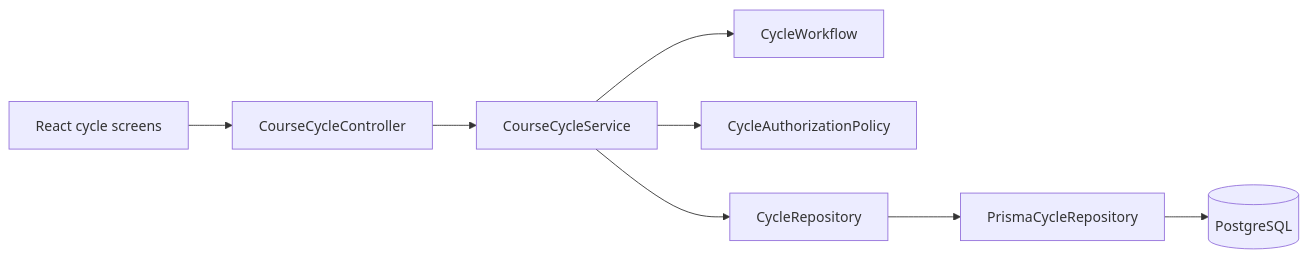
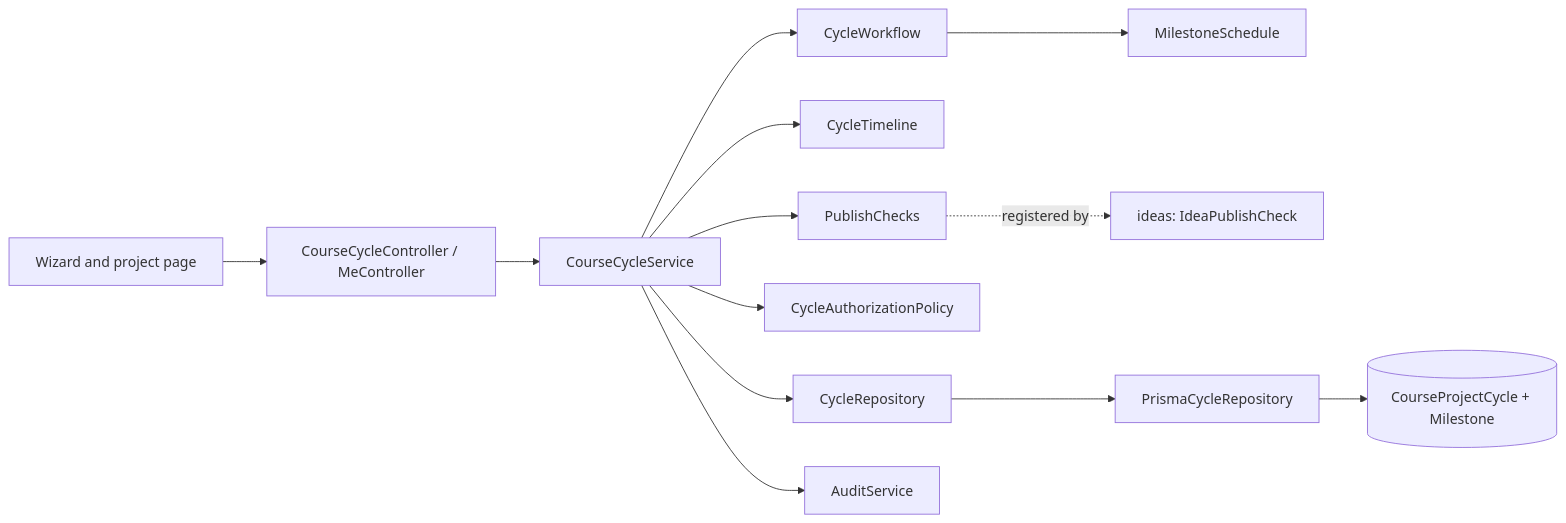
One commit to AmanKumar1411/flowforge changed the first of 3 diagrams in docs/architecture/course-cycles.md. Above: the diagram before and after it, drawn with Mermaid. The commit also changed other lines of this file and 15 other files, not shown here.

First line of the commit message:
docs(phase8): ADRs 016-019, architecture, plan, test report

````diff
--- a/docs/architecture/course-cycles.md
+++ b/docs/architecture/course-cycles.md
@@ -7,10 +24,15 @@
 ```mermaid
 flowchart LR
-  React[React cycle screens] --> Controller[CourseCycleController]
+  React[Wizard and project page] --> Controller[CourseCycleController / MeController]
   Controller --> Service[CourseCycleService]
   Service --> Workflow[CycleWorkflow]
+  Workflow --> Schedule[MilestoneSchedule]
+  Service --> Timeline[CycleTimeline]
+  Service --> Checks[PublishChecks]
+  Checks -. registered by .-> Ideas[ideas: IdeaPublishCheck]
   Service --> Policy[CycleAuthorizationPolicy]
   Service --> Repository[CycleRepository]
+  Service --> Audit[AuditService]
   Repository --> Prisma[PrismaCycleRepository]
-  Prisma --> PostgreSQL[(PostgreSQL)]
+  Prisma --> PostgreSQL[(CourseProjectCycle + Milestone)]
 ```
````
